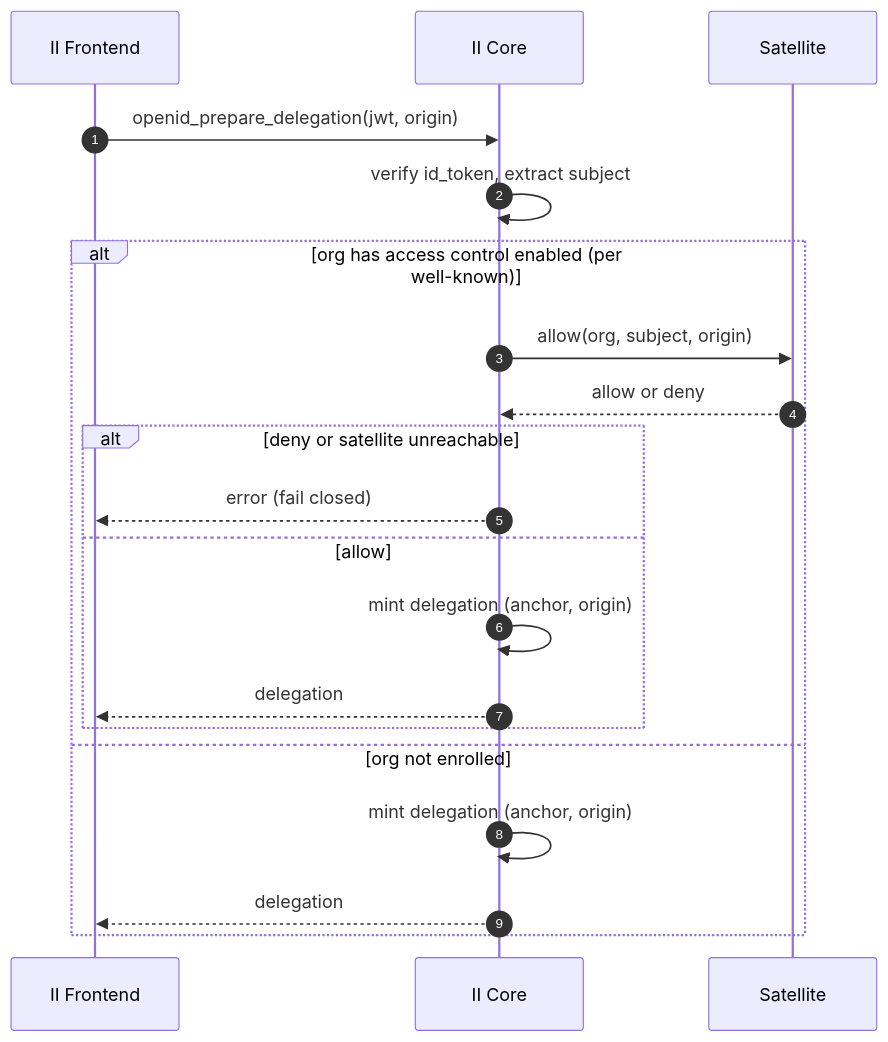
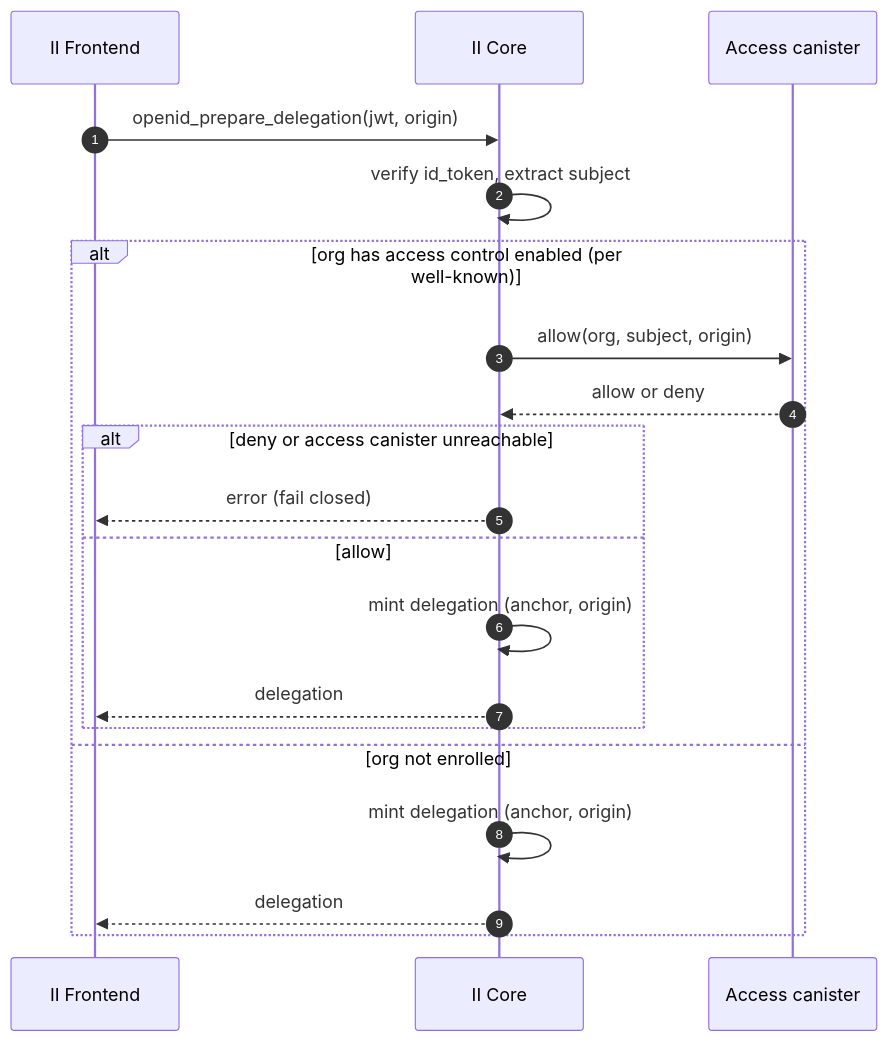
The fourth of 5 diagrams in docs/ongoing/enterprise-sso-per-app-access-control.md (dfinity/internet-identity), drawn with Mermaid before and after one commit. The commit also changed other lines of this file, not shown here.

First line of the commit message:
docs: rename 'satellite' to 'Enterprise Access canister' throughout

````diff
--- a/docs/ongoing/enterprise-sso-per-app-access-control.md
+++ b/docs/ongoing/enterprise-sso-per-app-access-control.md
@@ -322,22 +322,22 @@
 ```mermaid
 sequenceDiagram
     autonumber
     participant FE as II Frontend
     participant II as II Core
-    participant Sat as Satellite
+    participant Sat as Access canister
     FE->>II: openid_prepare_delegation(jwt, origin)
     II->>II: verify id_token, extract subject
     alt org has access control enabled (per well-known)
         II->>Sat: allow(org, subject, origin)
         Sat-->>II: allow or deny
-        alt deny or satellite unreachable
+        alt deny or access canister unreachable
             II-->>FE: error (fail closed)
         else allow
             II->>II: mint delegation (anchor, origin)
             II-->>FE: delegation
         end
     else org not enrolled
         II->>II: mint delegation (anchor, origin)
         II-->>FE: delegation
     end
 ```
````
